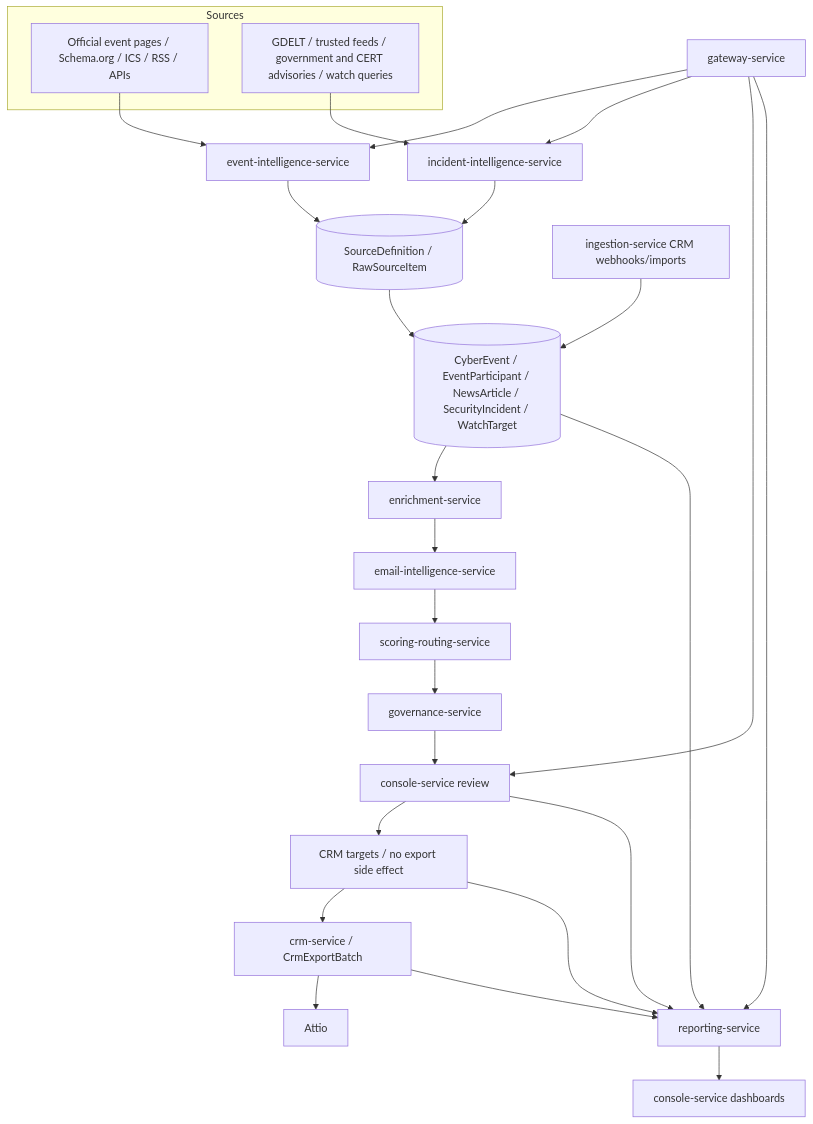
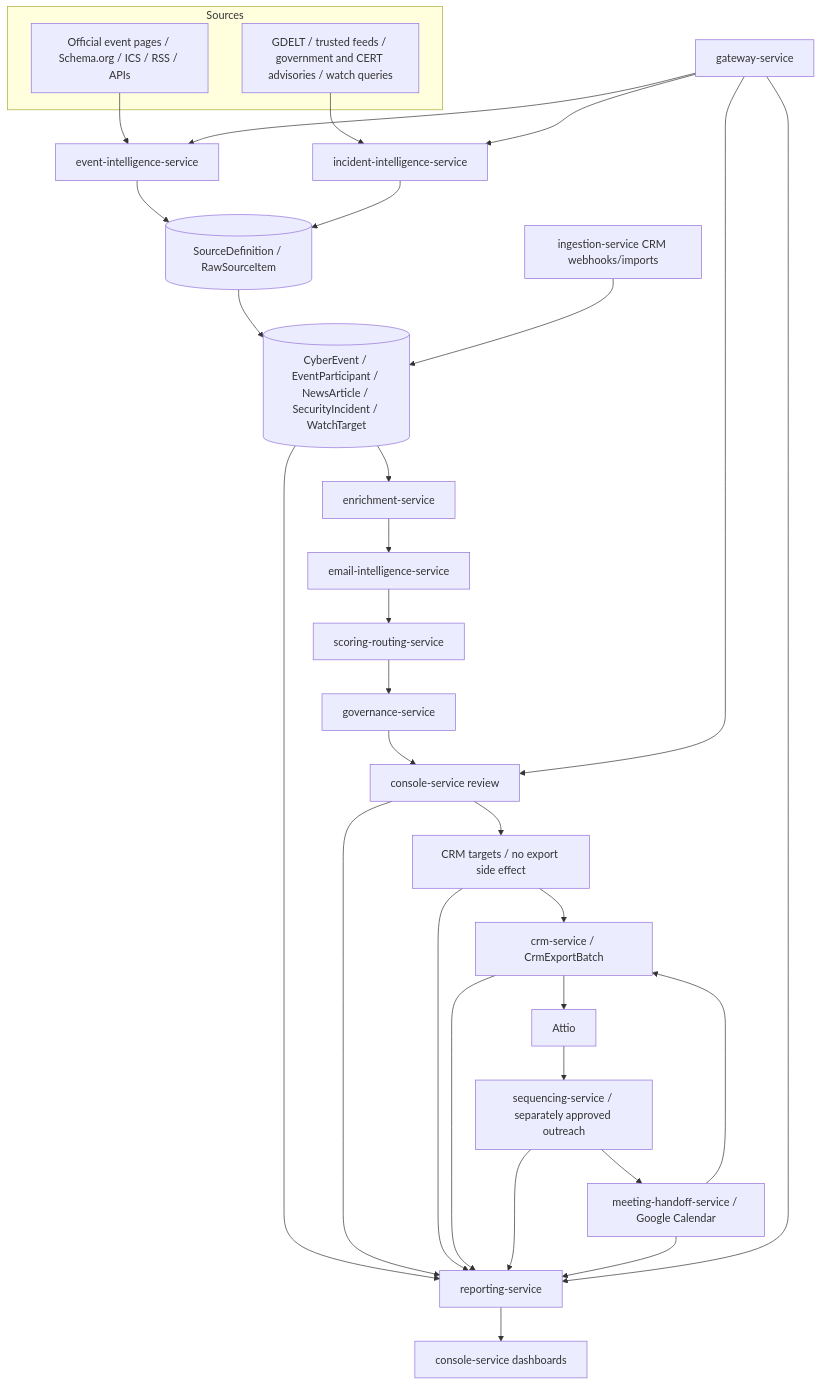
One commit to giacometti-r/GhostRecon changed the diagram in docs/architecture.md. Above: the diagram before and after it, drawn with Mermaid. The commit also changed other lines of this file and 40 other files, not shown here.

First line of the commit message:
feat: add sequencing runtime and Google Calendar meeting handoff

````diff
--- a/docs/architecture.md
+++ b/docs/architecture.md
@@ -9,31 +9,36 @@
 ```mermaid
 flowchart TD
   subgraph Sources
     EVENTSRC[Official event pages / Schema.org / ICS / RSS / APIs]
     NEWSSRC[GDELT / trusted feeds / government and CERT advisories / watch queries]
   end
 
   EVENTSRC --> EIS[event-intelligence-service]
   NEWSSRC --> IIS[incident-intelligence-service]
   EIS --> RAW[(SourceDefinition / RawSourceItem)]
   IIS --> RAW
   RAW --> CANON[(CyberEvent / EventParticipant / NewsArticle / SecurityIncident / WatchTarget)]
   CANON --> ENR[enrichment-service]
   ENR --> EMAIL[email-intelligence-service]
   EMAIL --> SCORE[scoring-routing-service]
   SCORE --> GOV[governance-service]
   GOV --> REVIEW[console-service review]
   REVIEW --> TARGETS[CRM targets / no export side effect]
   TARGETS --> EXPORT[crm-service / CrmExportBatch]
   EXPORT --> ATTIO[Attio]
+  ATTIO --> SEQ[sequencing-service / separately approved outreach]
+  SEQ --> MEET[meeting-handoff-service / Google Calendar]
+  MEET --> EXPORT
   CANON --> REPORT[reporting-service]
   REVIEW --> REPORT
   TARGETS --> REPORT
   EXPORT --> REPORT
+  SEQ --> REPORT
+  MEET --> REPORT
   REPORT --> CONSOLE[console-service dashboards]
   GATE[gateway-service] --> EIS
   GATE --> IIS
   GATE --> REVIEW
   GATE --> REPORT
   ING[ingestion-service CRM webhooks/imports] --> CANON
 ```
````
